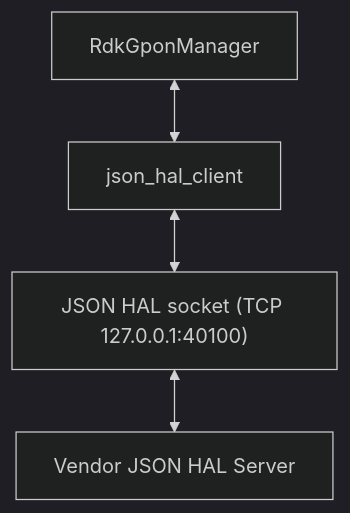
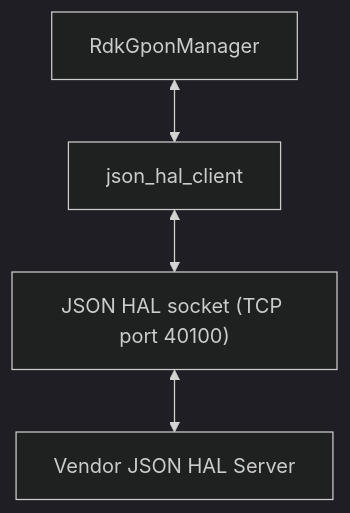
One commit to Blitzy-Sky/gpon-manager changed the first of 2 diagrams in docs/pages/halSpec.md. Above: the diagram before and after it, drawn with Mermaid (dark theme). The commit also changed other lines of this file and 2 other files, not shown here.

First line of the commit message:
docs: align the GPON JSON HAL documentation with its sibling managers

````diff
--- a/docs/pages/halSpec.md
+++ b/docs/pages/halSpec.md
@@ -38,7 +38,6 @@
 ```mermaid
-flowchart TD;
-    RdkGponManager["RdkGponManager"] <-->
-    JsonHalClient["json_hal_client"] <-->
-    JSONHALSocket["JSON HAL socket (TCP 127.0.0.1:40100)"] <-->
-    VendorServer["Vendor JSON HAL Server"]
+flowchart TD
+    Mgr["RdkGponManager"] <--> Cli["json_hal_client"]
+    Cli <--> Socket["JSON HAL socket (TCP port 40100)"]
+    Socket <--> Srv["Vendor JSON HAL Server"]
 ```
````
